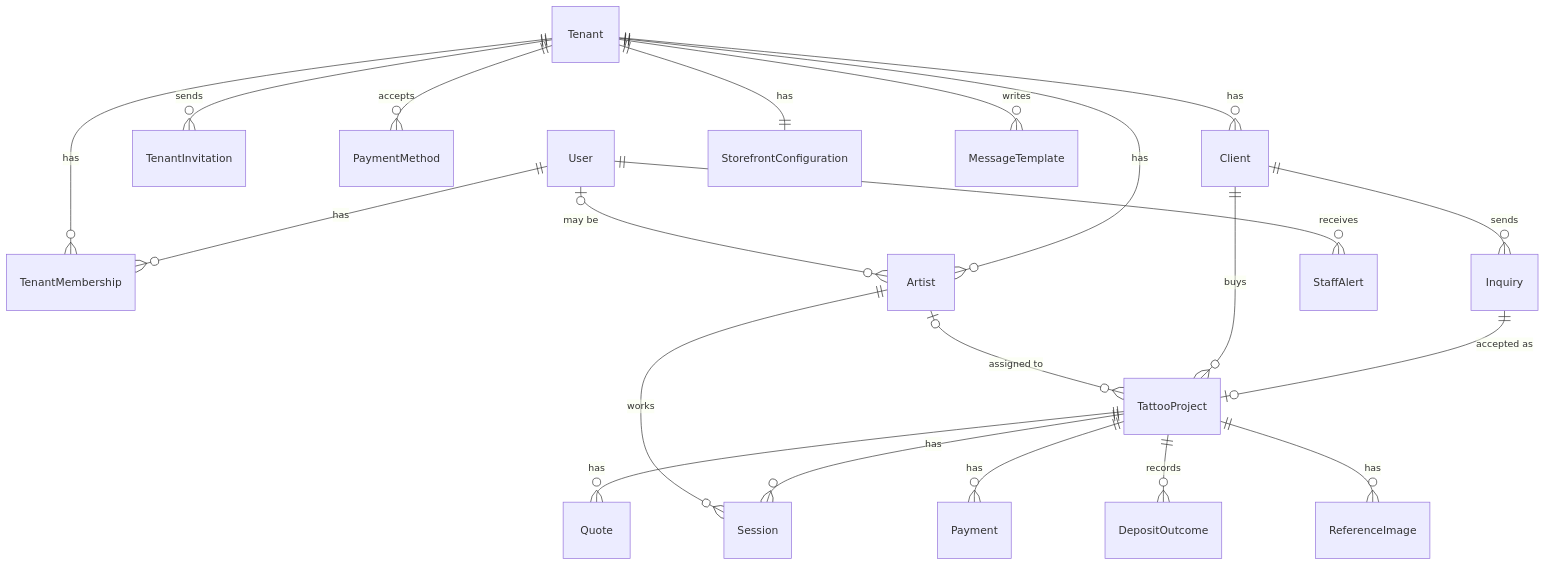
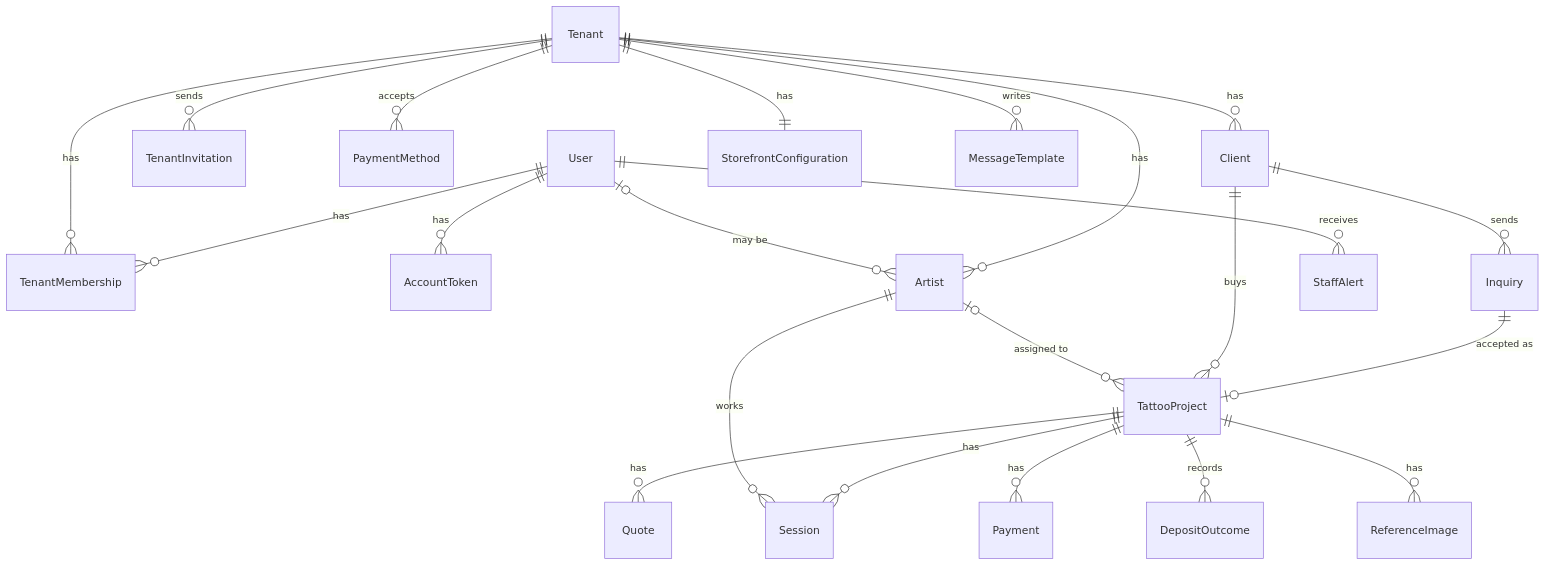
The diagram in docs/data-model.md (harublank0-0/tattoo-drip), drawn with Mermaid before and after one commit. The commit also changed other lines of this file and 11 other files, not shown here.

````diff
--- a/docs/data-model.md
+++ b/docs/data-model.md
@@ -5,23 +5,24 @@
 ```mermaid
 erDiagram
   User ||--o{ TenantMembership : has
+  User ||--o{ AccountToken : has
   Tenant ||--o{ TenantMembership : has
   Tenant ||--o{ TenantInvitation : sends
   Tenant ||--o{ Artist : has
   User |o--o{ Artist : "may be"
   Tenant ||--o{ PaymentMethod : accepts
   Tenant ||--o{ Client : has
   Client ||--o{ Inquiry : sends
   Inquiry ||--o| TattooProject : "accepted as"
   Client ||--o{ TattooProject : buys
   Artist |o--o{ TattooProject : "assigned to"
   TattooProject ||--o{ Quote : has
   TattooProject ||--o{ Payment : has
   TattooProject ||--o{ Session : has
   TattooProject ||--o{ DepositOutcome : records
   Artist ||--o{ Session : works
   TattooProject ||--o{ ReferenceImage : has
   Tenant ||--|| StorefrontConfiguration : has
   Tenant ||--o{ MessageTemplate : writes
   User ||--o{ StaffAlert : receives
 ```
````
